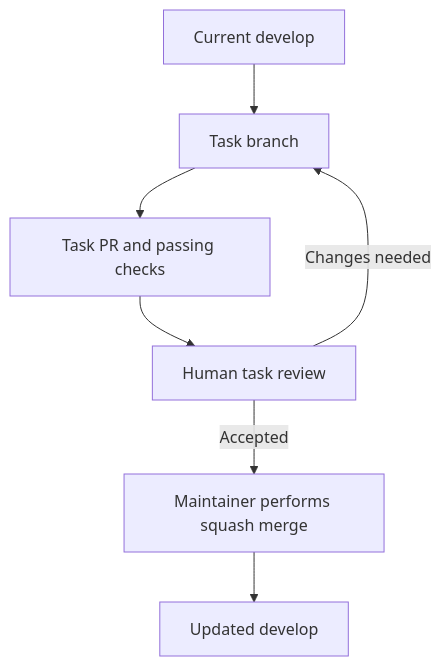
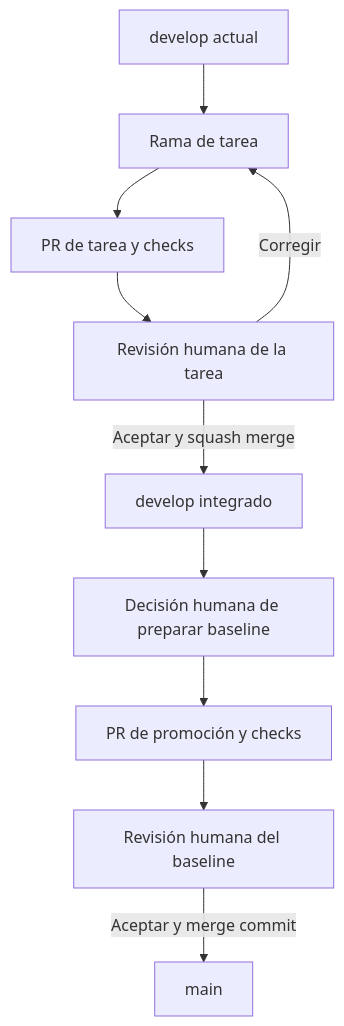
Before and after one commit to jairzinhosantos/thinking-harness: the diagram in docs/standards/std-0003-branching-and-releases.md, drawn with Mermaid. The commit also changed other lines of this file and 56 other files, not shown here.

````diff
--- a/docs/standards/std-0003-branching-and-releases.md
+++ b/docs/standards/std-0003-branching-and-releases.md
@@ -33,9 +26,12 @@
 ```mermaid
 flowchart TD
-    D[Current develop] --> T[Task branch]
-    T --> Q[Task PR and passing checks]
-    Q --> H[Human task review]
-    H -->|Changes needed| T
-    H -->|Accepted| G[Maintainer performs squash merge]
-    G --> I[Updated develop]
+    D[develop actual] --> T[Rama de tarea]
+    T --> P[PR de tarea y checks]
+    P --> H[Revisión humana de la tarea]
+    H -->|Corregir| T
+    H -->|Aceptar y squash merge| I[develop integrado]
+    I --> Q[Decisión humana de preparar baseline]
+    Q --> R[PR de promoción y checks]
+    R --> B[Revisión humana del baseline]
+    B -->|Aceptar y merge commit| M[main]
 ```
````
